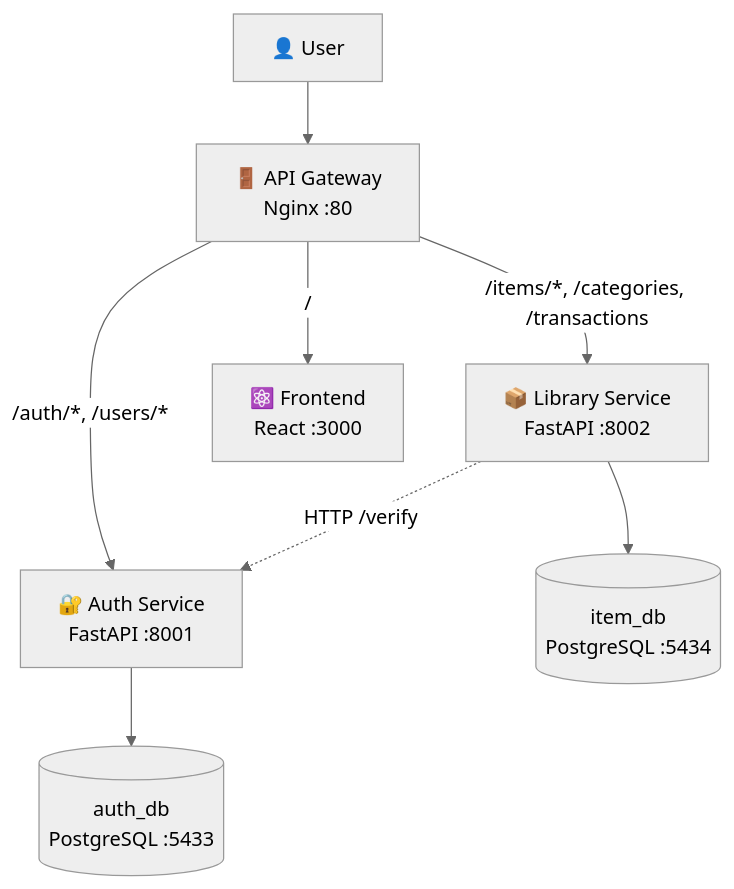
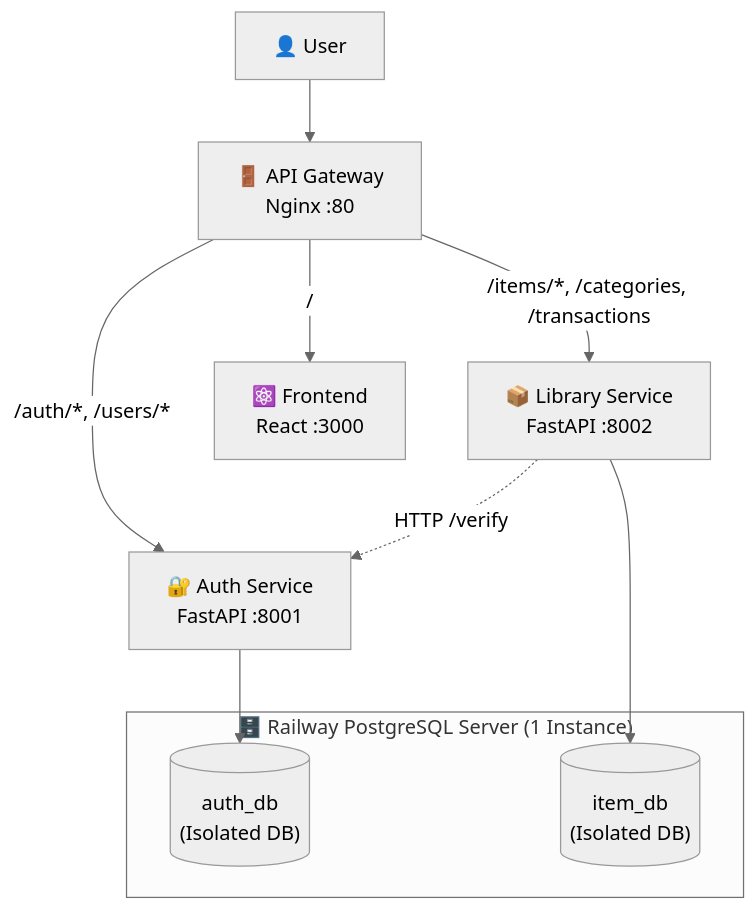
Before and after one commit to aidilsaputrakirsan-classroom/cc-kelompok-a-hexacore: the diagram in readme.md, drawn with Mermaid (neutral theme). The commit also changed other lines of this file and 1 other file, not shown here.

````diff
--- a/readme.md
+++ b/readme.md
@@ -55,10 +55,16 @@
 ```mermaid
 flowchart TD
     USER["👤 User"] --> GW["🚪 API Gateway<br/>Nginx :80"]
     GW -->|"/auth/*, /users/*"| AUTH["🔐 Auth Service<br/>FastAPI :8001"]
     GW -->|"/items/*, /categories, /transactions"| ITEM["📦 Library Service<br/>FastAPI :8002"]
     GW -->|"/"| FE["⚛️ Frontend<br/>React :3000"]
-    AUTH --> ADB[("auth_db<br/>PostgreSQL :5433")]
-    ITEM --> IDB[("item_db<br/>PostgreSQL :5434")]
+    
+    subgraph RailwayDB ["🗄️ Railway PostgreSQL Server (1 Instance)"]
+        ADB[("auth_db<br/>(Isolated DB)")]
+        IDB[("item_db<br/>(Isolated DB)")]
+    end
+
+    AUTH --> ADB
+    ITEM --> IDB
     ITEM -.->|"HTTP /verify"| AUTH
 ```
````
